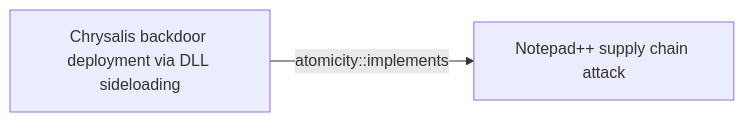
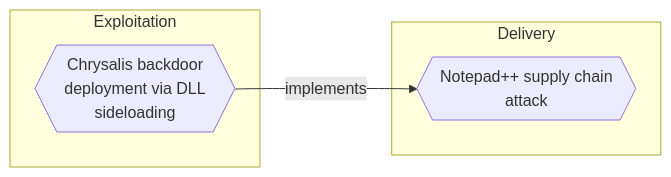
One commit to opentidehq/library changed the first of 2 diagrams in docs/threats/chrysalis-backdoor-deployment-via-dll-sideloading.md. Above: the diagram before and after it, drawn with Mermaid. The commit also changed other lines of this file and 540 other files, not shown here.

````diff
--- a/docs/threats/chrysalis-backdoor-deployment-via-dll-sideloading.md
+++ b/docs/threats/chrysalis-backdoor-deployment-via-dll-sideloading.md
@@ -330,6 +333,10 @@
 ```mermaid
 flowchart LR
-bc95c747_ede2_4c16_a6b4_506b305e744a["Chrysalis backdoor deployment via DLL sideloading"]
-8b7cae6f_b6cf_4414_9cdc_fe8c8ee7ee22["Notepad++ supply chain attack"]
-bc95c747_ede2_4c16_a6b4_506b305e744a -->|atomicity::implements| 8b7cae6f_b6cf_4414_9cdc_fe8c8ee7ee22
+subgraph "Exploitation"
+bc95c747_ede2_4c16_a6b4_506b305e744a{{"Chrysalis backdoor<br>deployment via DLL<br>sideloading"}}
+end
+subgraph "Delivery"
+8b7cae6f_b6cf_4414_9cdc_fe8c8ee7ee22{{"Notepad++ supply chain<br>attack"}}
+end
+bc95c747_ede2_4c16_a6b4_506b305e744a -->|implements| 8b7cae6f_b6cf_4414_9cdc_fe8c8ee7ee22
 ```
````
